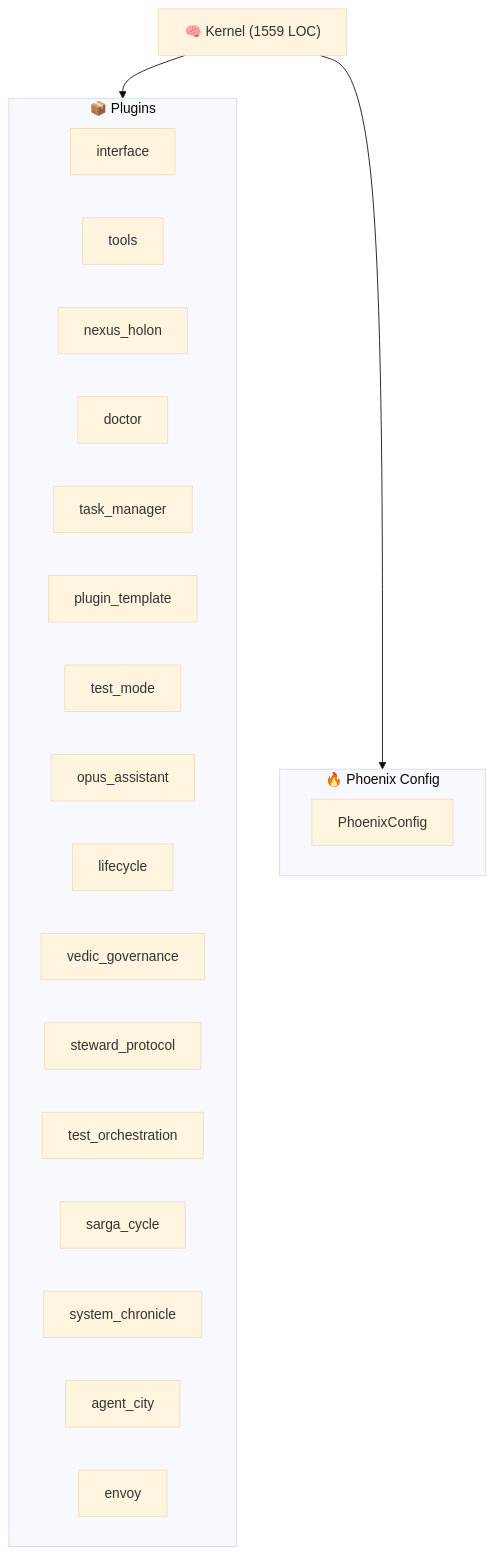
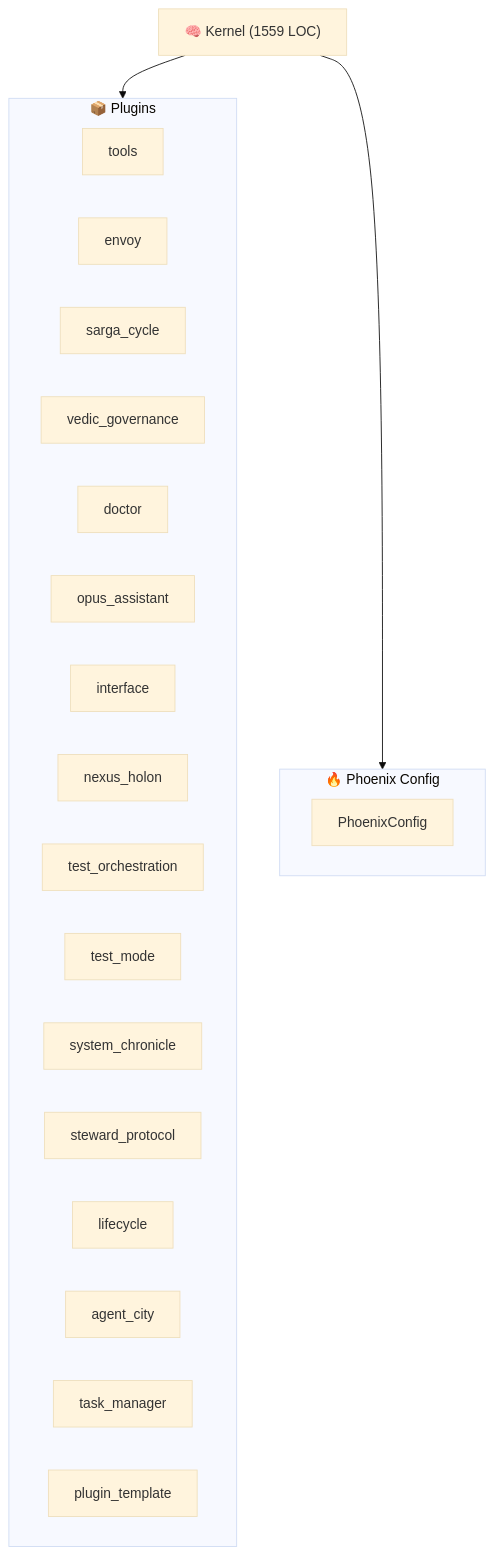
The diagram in ARCHITECTURE.md (kimeisele/steward-protocol), drawn with Mermaid (base theme) before and after one commit. The commit also changed other lines of this file and 13 other files, not shown here.

````diff
--- a/ARCHITECTURE.md
+++ b/ARCHITECTURE.md
@@ -8,27 +8,27 @@
 ```mermaid
 graph TB
     K["🧠 Kernel (1559 LOC)"]
     subgraph Plugins["📦 Plugins"]
+        P_tools["tools"]
+        P_envoy["envoy"]
+        P_sarga_cycle["sarga_cycle"]
+        P_vedic_governance["vedic_governance"]
+        P_doctor["doctor"]
+        P_opus_assistant["opus_assistant"]
         P_interface["interface"]
-        P_tools["tools"]
         P_nexus_holon["nexus_holon"]
-        P_doctor["doctor"]
+        P_test_orchestration["test_orchestration"]
+        P_test_mode["test_mode"]
+        P_system_chronicle["system_chronicle"]
+        P_steward_protocol["steward_protocol"]
+        P_lifecycle["lifecycle"]
+        P_agent_city["agent_city"]
         P_task_manager["task_manager"]
         P_plugin_template["plugin_template"]
-        P_test_mode["test_mode"]
-        P_opus_assistant["opus_assistant"]
-        P_lifecycle["lifecycle"]
-        P_vedic_governance["vedic_governance"]
-        P_steward_protocol["steward_protocol"]
-        P_test_orchestration["test_orchestration"]
-        P_sarga_cycle["sarga_cycle"]
-        P_system_chronicle["system_chronicle"]
-        P_agent_city["agent_city"]
-        P_envoy["envoy"]
     end
     K --> Plugins
     subgraph Config["🔥 Phoenix Config"]
         PC[PhoenixConfig]
     end
     K --> Config
 ```
````
